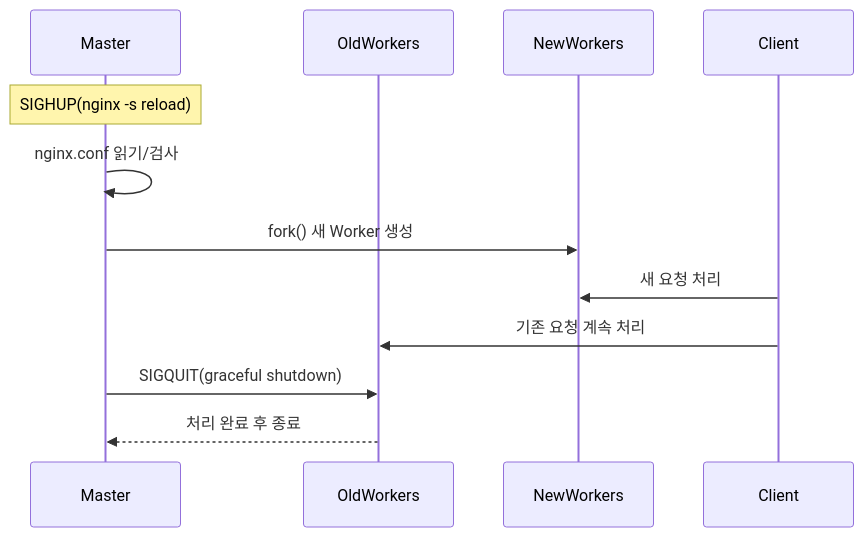
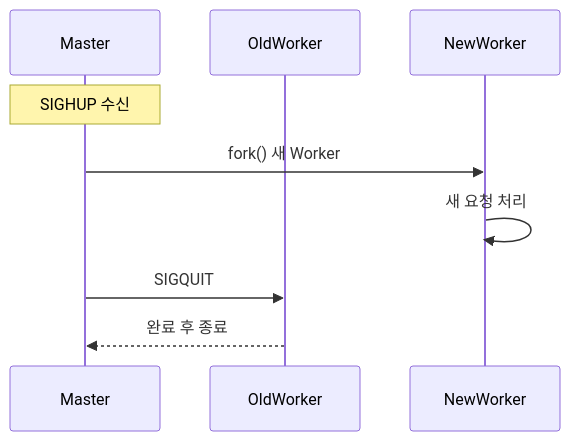
Diagram 16 of 18 in _posts/server/2026-05-01-nginx.md (yjkim2015/yjkim2015.github.io), drawn with Mermaid before and after one commit. The commit also changed other lines of this file and 155 other files, not shown here.

First line of the commit message:
Mermaid 전면 수정: subgraph 제거, participant/노드/줄수 축소 (342블록)

````diff
--- a/_posts/server/2026-05-01-nginx.md
+++ b/_posts/server/2026-05-01-nginx.md
@@ -765,14 +742,11 @@
 ```mermaid
 sequenceDiagram
     participant M as Master
-    participant OW as OldWorkers
-    participant NW as NewWorkers
-    participant C as Client
-    Note over M: SIGHUP(nginx -s reload)
-    M->>M: nginx.conf 읽기/검사
-    M->>NW: fork() 새 Worker 생성
-    C->>NW: 새 요청 처리
-    C->>OW: 기존 요청 계속 처리
-    M->>OW: SIGQUIT(graceful shutdown)
-    OW-->>M: 처리 완료 후 종료
+    participant OW as OldWorker
+    participant NW as NewWorker
+    Note over M: SIGHUP 수신
+    M->>NW: fork() 새 Worker
+    NW->>NW: 새 요청 처리
+    M->>OW: SIGQUIT
+    OW-->>M: 완료 후 종료
 ```
````
